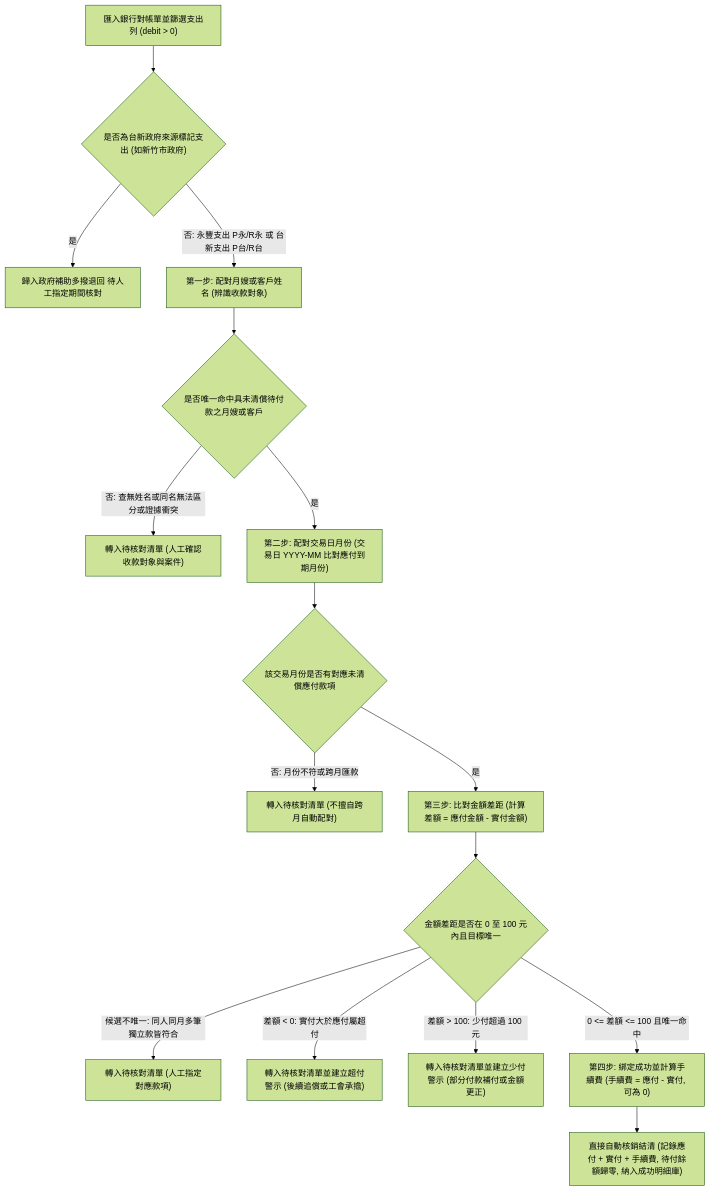
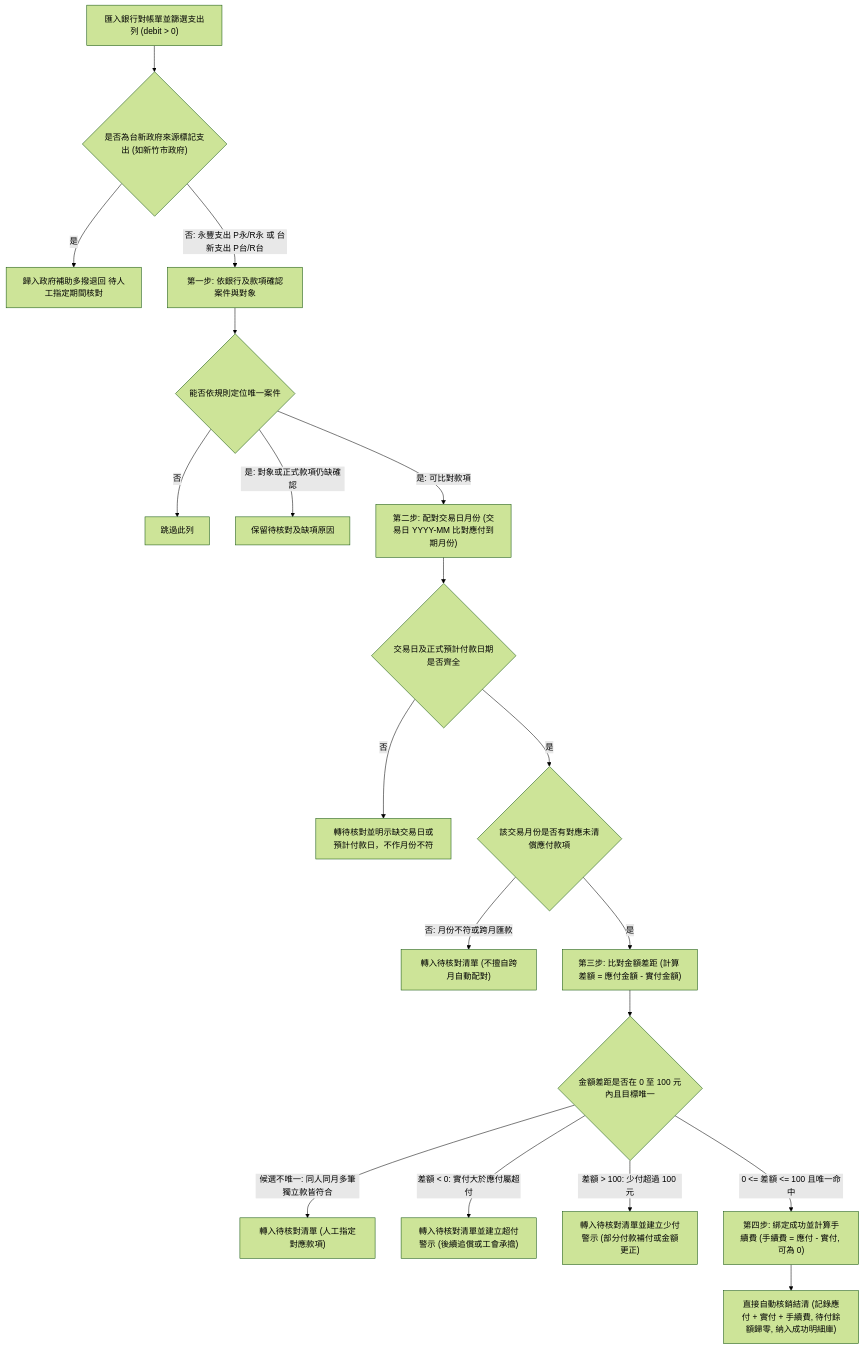
Before and after one commit to chrishzc/Labor_union: the first of 2 diagrams in document/架構重整/01_規格基線/22_銀行流水匯入與帳務異常處理正式規格.md, drawn with Mermaid (forest theme). The commit also changed other lines of this file and 76 other files, not shown here.

````diff
--- a/document/架構重整/01_規格基線/22_銀行流水匯入與帳務異常處理正式規格.md
+++ b/document/架構重整/01_規格基線/22_銀行流水匯入與帳務異常處理正式規格.md
@@ -750,22 +782,25 @@
 ```mermaid
 flowchart TD
     Start["匯入銀行對帳單並篩選支出列 (debit > 0)"] --> GovCheck{"是否為台新政府來源標記支出 (如新竹市政府)"}
     GovCheck -->|是| GovReview["歸入政府補助多撥退回 待人工指定期間核對"]
-    GovCheck -->|否: 永豐支出 P永/R永 或 台新支出 P台/R台| Step1["第一步: 配對月嫂或客戶姓名 (辨識收款對象)"]
+    GovCheck -->|否: 永豐支出 P永/R永 或 台新支出 P台/R台| Step1["第一步: 依銀行及款項確認案件與對象"]
 
-    Step1 --> NameCheck{"是否唯一命中具未清償待付款之月嫂或客戶"}
-    NameCheck -->|否: 查無姓名或同名無法區分或證據衝突| PendingName["轉入待核對清單 (人工確認收款對象與案件)"]
-    NameCheck -->|是| Step2["第二步: 配對交易日月份 (交易日 YYYY-MM 比對應付到期月份)"]
+    Step1 --> CaseCheck{"能否依規則定位唯一案件"}
+    CaseCheck -->|否| Skip["跳過此列"]
+    CaseCheck -->|是: 對象或正式款項仍缺確認| PendingName["保留待核對及缺項原因"]
+    CaseCheck -->|是: 可比對款項| Step2["第二步: 配對交易日月份 (交易日 YYYY-MM 比對應付到期月份)"]
 
-    Step2 --> MonthCheck{"該交易月份是否有對應未清償應付款項"}
+    Step2 --> DateCheck{"交易日及正式預計付款日期是否齊全"}
+    DateCheck -->|否| PendingDate["轉待核對並明示缺交易日或預計付款日，不作月份不符"]
+    DateCheck -->|是| MonthCheck{"該交易月份是否有對應未清償應付款項"}
     MonthCheck -->|否: 月份不符或跨月匯款| PendingMonth["轉入待核對清單 (不擅自跨月自動配對)"]
     MonthCheck -->|是| Step3["第三步: 比對金額差距 (計算 差額 = 應付金額 - 實付金額)"]
 
     Step3 --> DiffCheck{"金額差距是否在 0 至 100 元內且目標唯一"}
     DiffCheck -->|候選不唯一: 同人同月多筆獨立款皆符合| PendingAmbiguous["轉入待核對清單 (人工指定對應款項)"]
     DiffCheck -->|差額 < 0: 實付大於應付屬超付| OverpayWarn["轉入待核對清單並建立超付警示 (後續追償或工會承擔)"]
     DiffCheck -->|差額 > 100: 少付超過 100 元| UnderpayWarn["轉入待核對清單並建立少付警示 (部分付款補付或金額更正)"]
     DiffCheck -->|0 <= 差額 <= 100 且唯一命中| Step4["第四步: 綁定成功並計算手續費 (手續費 = 應付 - 實付, 可為 0)"]
 
     Step4 --> Reconcile["直接自動核銷結清 (記錄應付 + 實付 + 手續費, 待付餘額歸零, 納入成功明細庫)"]
 ```
````
